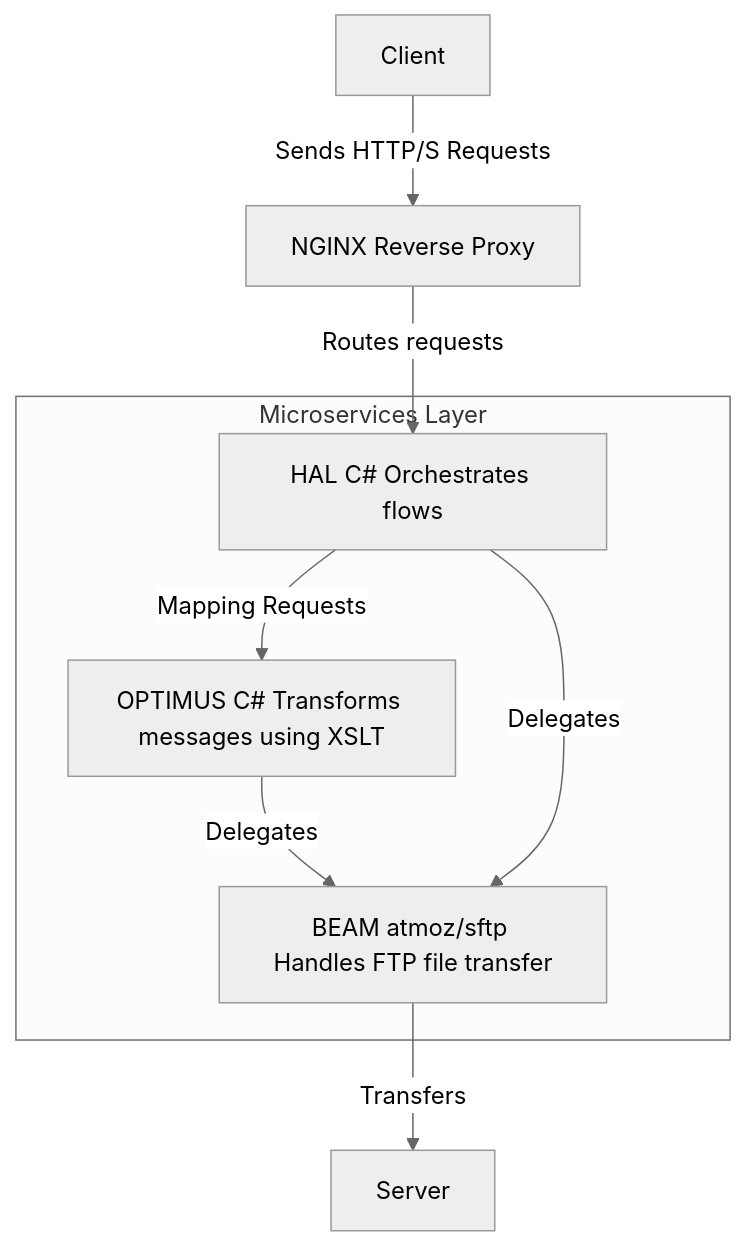
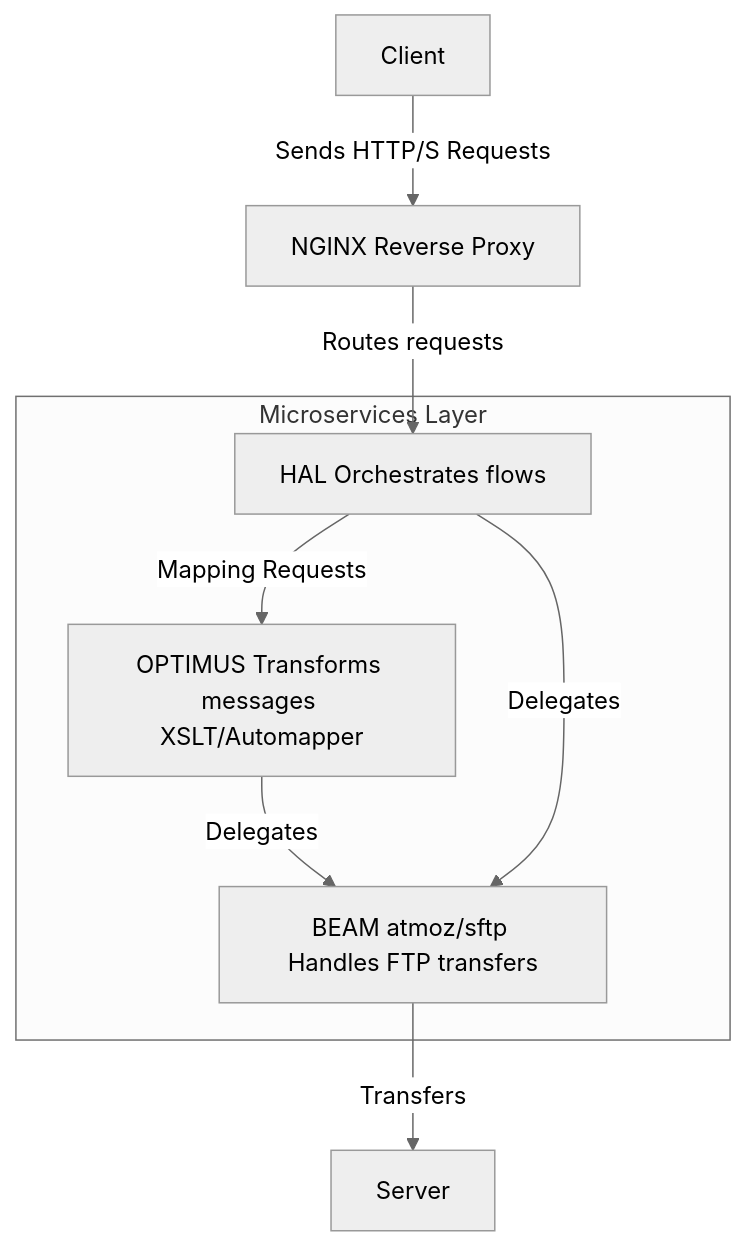
The diagram in README.md (fasilhayat/bizlink), drawn with Mermaid (neutral theme) before and after one commit.

Commit message:
Minor changes

````diff
--- a/README.md
+++ b/README.md
@@ -73,16 +73,16 @@
 ```mermaid
 graph TD
     Client[Client] -->|Sends HTTP/S Requests| NGINX[NGINX Reverse Proxy]
     NGINX -->|Routes requests| Orchestrator
     Transformer -->|Delegates| Transporter
     Transporter  -->|Transfers| Server[Server] 
     
     subgraph Microservices Layer 
-        Orchestrator[HAL C# Orchestrates flows]
-        Transformer[OPTIMUS C# Transforms messages using XSLT]
-        Transporter[BEAM atmoz/sftp Handles FTP file transfer]
+        Orchestrator[HAL Orchestrates flows]
+        Transformer[OPTIMUS Transforms messages XSLT/Automapper]
+        Transporter[BEAM atmoz/sftp Handles FTP transfers]
 
         Orchestrator -->|Mapping Requests| Transformer
         Orchestrator -->|Delegates| Transporter
     end
 ```
````
